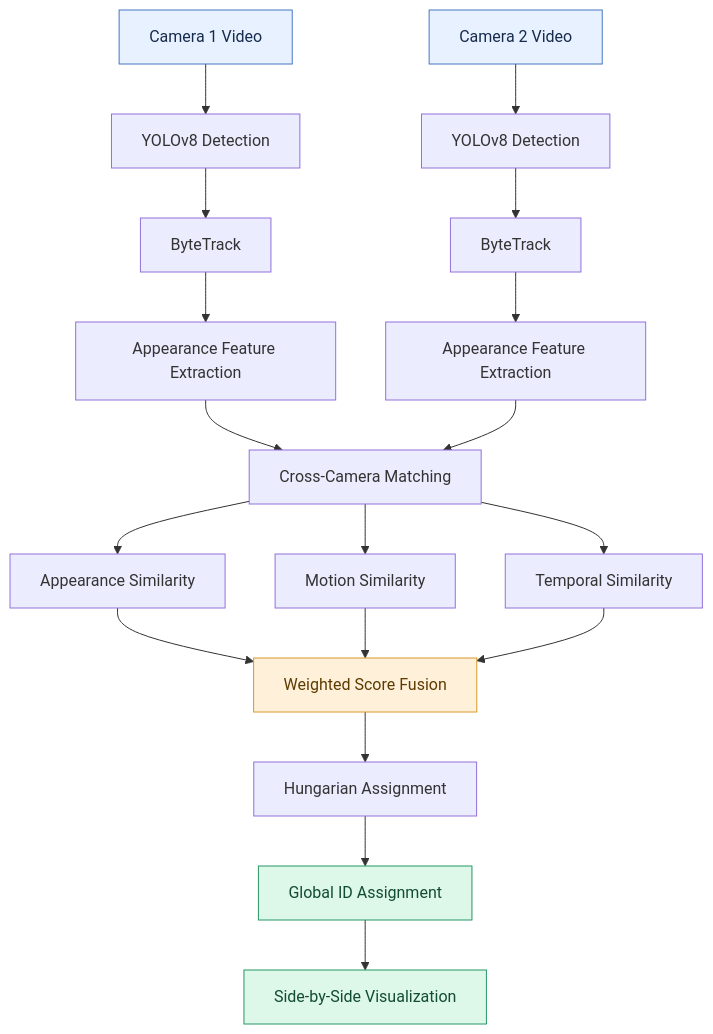
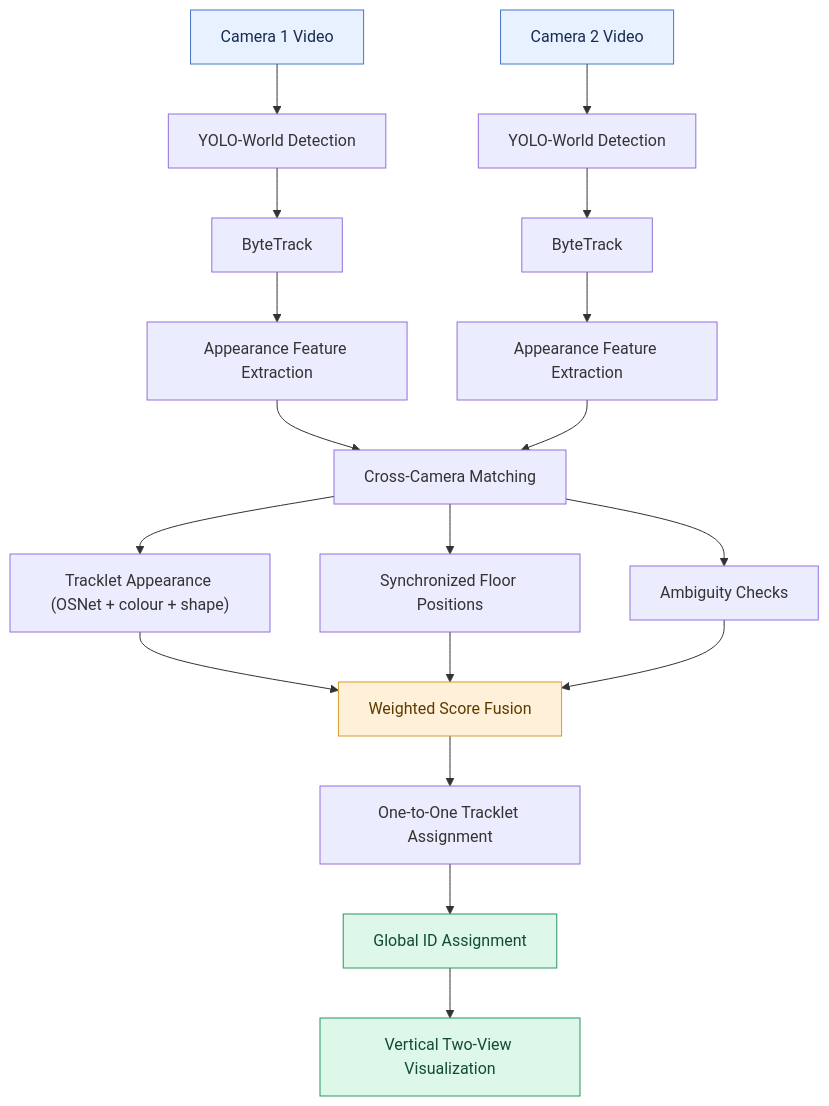
The diagram in README.md (AdityaSirsalkar001/Cross-Camera-ReId), drawn with Mermaid before and after one commit. The commit also changed other lines of this file and 13 other files, not shown here.

````diff
--- a/README.md
+++ b/README.md
@@ -107,32 +107,32 @@
 ```mermaid
 flowchart TD
-    A["Camera 1 Video"] --> C["YOLOv8 Detection"]
-    B["Camera 2 Video"] --> D["YOLOv8 Detection"]
+    A["Camera 1 Video"] --> C["YOLO-World Detection"]
+    B["Camera 2 Video"] --> D["YOLO-World Detection"]
 
     C --> E["ByteTrack"]
     D --> F["ByteTrack"]
 
     E --> G["Appearance Feature Extraction"]
     F --> H["Appearance Feature Extraction"]
 
     G --> I["Cross-Camera Matching"]
     H --> I
 
-    I --> J["Appearance Similarity"]
-    I --> K["Motion Similarity"]
-    I --> L["Temporal Similarity"]
+    I --> J["Tracklet Appearance (OSNet + colour + shape)"]
+    I --> K["Synchronized Floor Positions"]
+    I --> L["Ambiguity Checks"]
 
     J --> M["Weighted Score Fusion"]
     K --> M
     L --> M
 
-    M --> N["Hungarian Assignment"]
+    M --> N["One-to-One Tracklet Assignment"]
     N --> O["Global ID Assignment"]
-    O --> P["Side-by-Side Visualization"]
+    O --> P["Vertical Two-View Visualization"]
 
     style A fill:#E8F1FF,stroke:#4776C5,color:#172B4D
     style B fill:#E8F1FF,stroke:#4776C5,color:#172B4D
     style M fill:#FFF0D9,stroke:#D99A2B,color:#5C3B00
     style O fill:#DDF7E8,stroke:#279764,color:#124C32
     style P fill:#DDF7E8,stroke:#279764,color:#124C32
 ```
````
